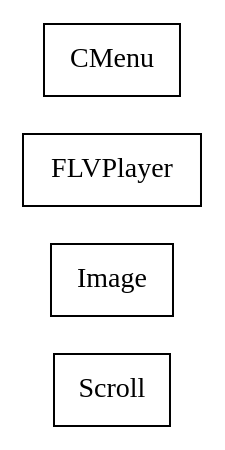
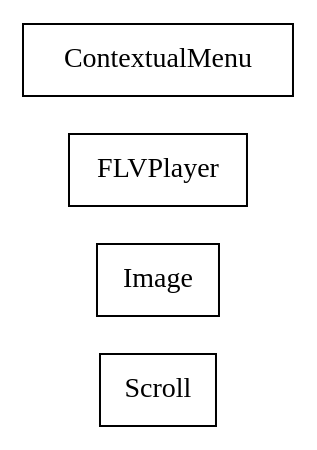
One commit to sekati/sasapi changed the diagram in docs/com/sekati/ui/classes.dot. Above: the diagram before and after it, drawn with Graphviz. The commit also changed 37 other files, not shown here.

```diff
--- a/docs/com/sekati/ui/classes.dot
+++ b/docs/com/sekati/ui/classes.dot
@@ -1,27 +1,27 @@
 strict digraph class_diagram {
   rankdir=LR;
   TypeScroll[
     label="Scroll",
     URL="Scroll.html",
     tooltip="com.sekati.ui.Scroll",
     shape="record"
   ];
   TypeImage[
     label="Image",
     URL="Image.html",
     tooltip="com.sekati.ui.Image",
     shape="record"
   ];
   TypeFLVPlayer[
     label="FLVPlayer",
     URL="FLVPlayer.html",
     tooltip="com.sekati.ui.FLVPlayer",
     shape="record"
   ];
-  TypeCMenu[
-    label="CMenu",
-    URL="CMenu.html",
-    tooltip="com.sekati.ui.CMenu",
+  TypeContextualMenu[
+    label="ContextualMenu",
+    URL="ContextualMenu.html",
+    tooltip="com.sekati.ui.ContextualMenu",
     shape="record"
   ];
 }
```
